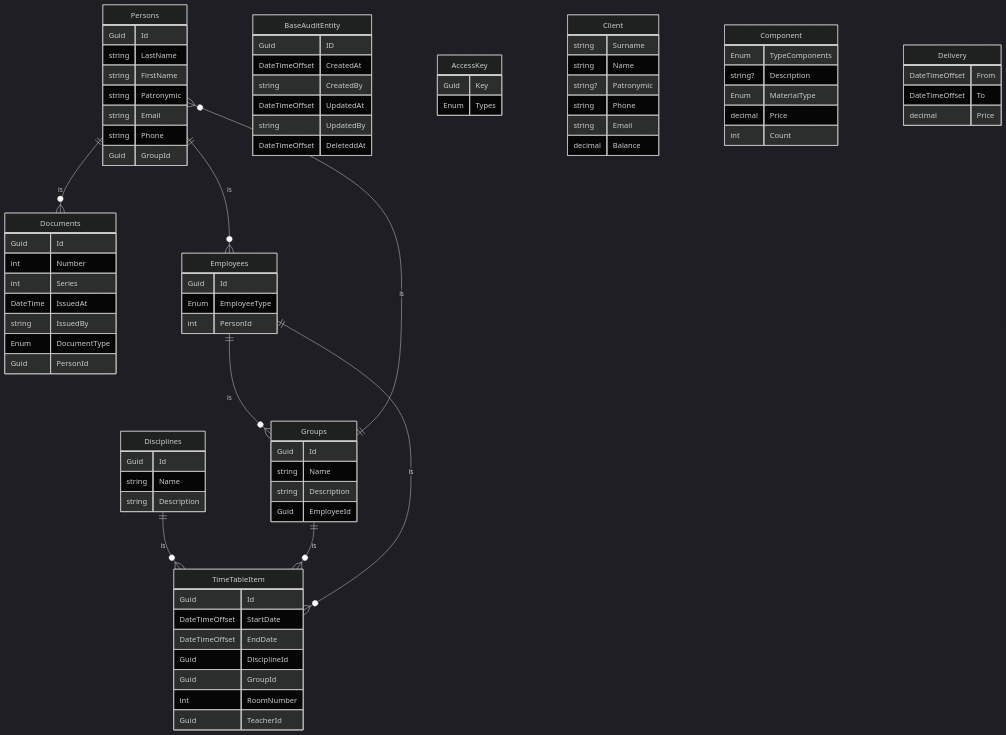
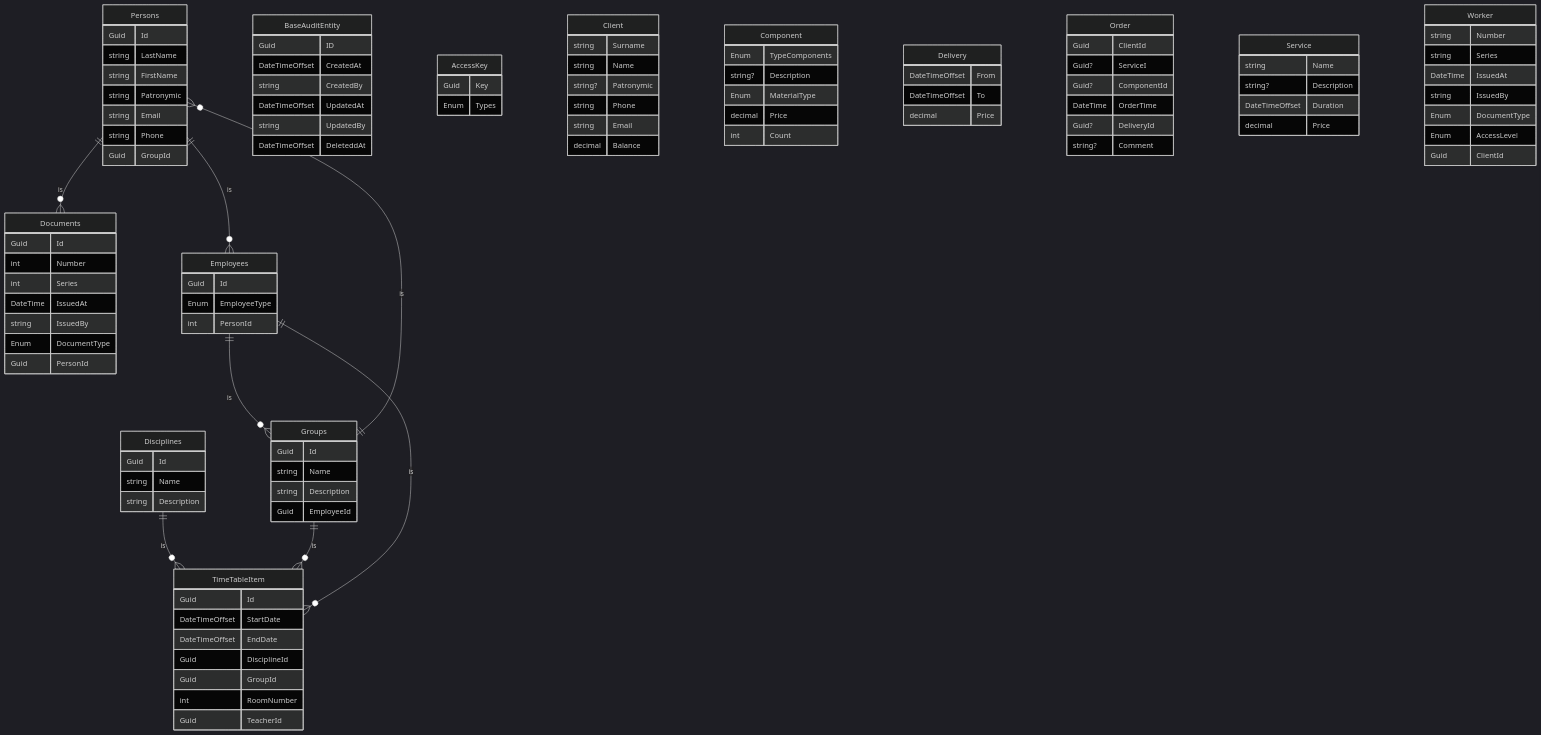
The diagram in README.md (SlavaNik16/Accessories_PC_Nik_Api), drawn with Mermaid (dark theme) before and after one commit.

````diff
--- a/README.md
+++ b/README.md
@@ -93,5 +93,28 @@
         DateTimeOffset To
         decimal Price
     }
+    Order   {
+        Guid ClientId
+        Guid? ServiceI
+        Guid? ComponentId
+        DateTime OrderTime
+        Guid? DeliveryId
+        string? Comment
+    }
+    Service   {
+        string Name
+        string? Description
+        DateTimeOffset Duration
+        decimal Price
+    }
+    Worker    {
+        string Number
+        string Series
+        DateTime IssuedAt
+        string IssuedBy
+        Enum DocumentType
+        Enum AccessLevel
+        Guid ClientId
+    }
    
 ```
````
